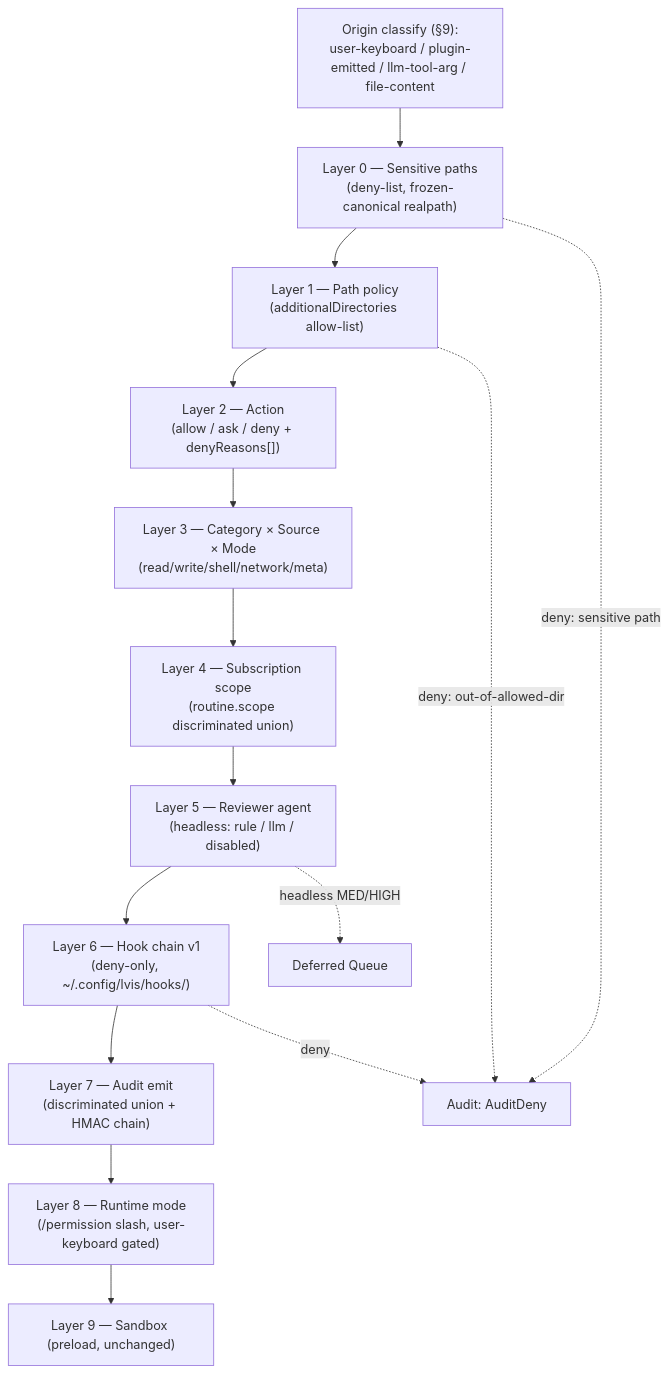
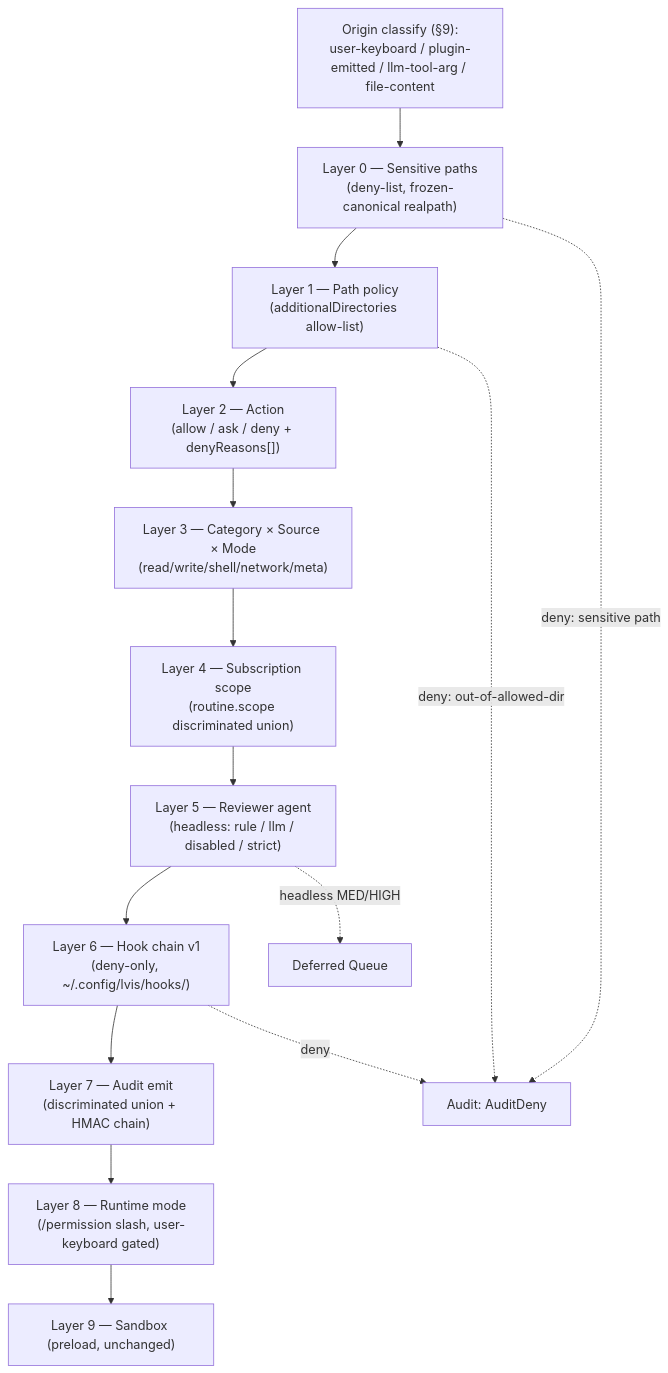
One commit to lvis-project/lvis-app changed diagram 19 of 44 in docs/architecture/architecture.md. Above: the diagram before and after it, drawn with Mermaid. The commit also changed other lines of this file, not shown here.

Commit message:
docs(architecture): update §6.3 to v2.3 reflecting #664 4-mode reviewer normalization (Phase C partial)

````diff
--- a/docs/architecture/architecture.md
+++ b/docs/architecture/architecture.md
@@ -1468,20 +1468,20 @@
 ```mermaid
 flowchart TB
     INPUT["Origin classify (§9):<br/>user-keyboard / plugin-emitted / llm-tool-arg / file-content"]
 
     INPUT --> L0["Layer 0 — Sensitive paths<br/>(deny-list, frozen-canonical realpath)"]
     L0 --> L1["Layer 1 — Path policy<br/>(additionalDirectories allow-list)"]
     L1 --> L2["Layer 2 — Action<br/>(allow / ask / deny + denyReasons[])"]
     L2 --> L3["Layer 3 — Category × Source × Mode<br/>(read/write/shell/network/meta)"]
     L3 --> L4["Layer 4 — Subscription scope<br/>(routine.scope discriminated union)"]
-    L4 --> L5["Layer 5 — Reviewer agent<br/>(headless: rule / llm / disabled)"]
+    L4 --> L5["Layer 5 — Reviewer agent<br/>(headless: rule / llm / disabled / strict)"]
     L5 --> L6["Layer 6 — Hook chain v1<br/>(deny-only, ~/.config/lvis/hooks/)"]
     L6 --> L7["Layer 7 — Audit emit<br/>(discriminated union + HMAC chain)"]
     L7 --> L8["Layer 8 — Runtime mode<br/>(/permission slash, user-keyboard gated)"]
     L8 --> L9["Layer 9 — Sandbox (preload, unchanged)"]
 
     L0 -.->|"deny: sensitive path"| AUDIT_DENY["Audit: AuditDeny"]
     L1 -.->|"deny: out-of-allowed-dir"| AUDIT_DENY
     L5 -.->|"headless MED/HIGH"| DEFERRED["Deferred Queue"]
     L6 -.->|"deny"| AUDIT_DENY
 ```
````
